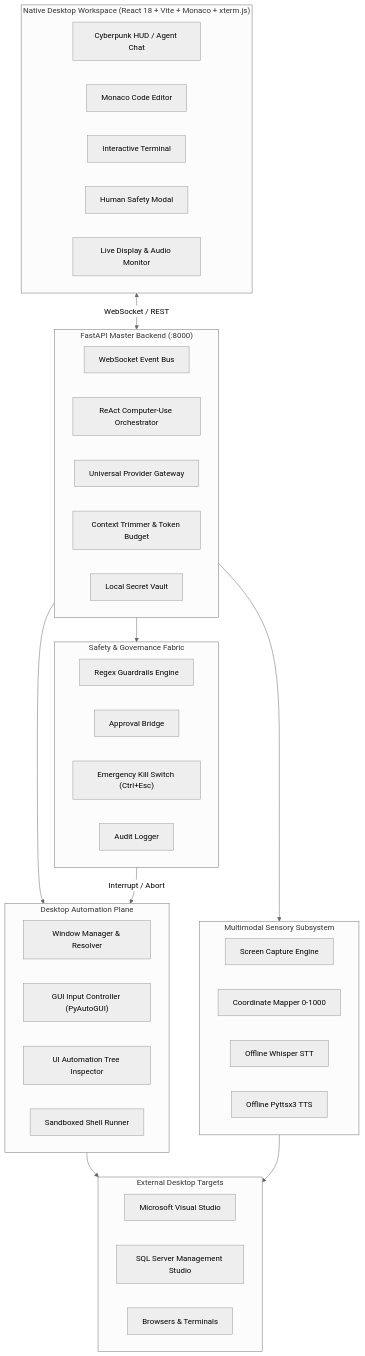
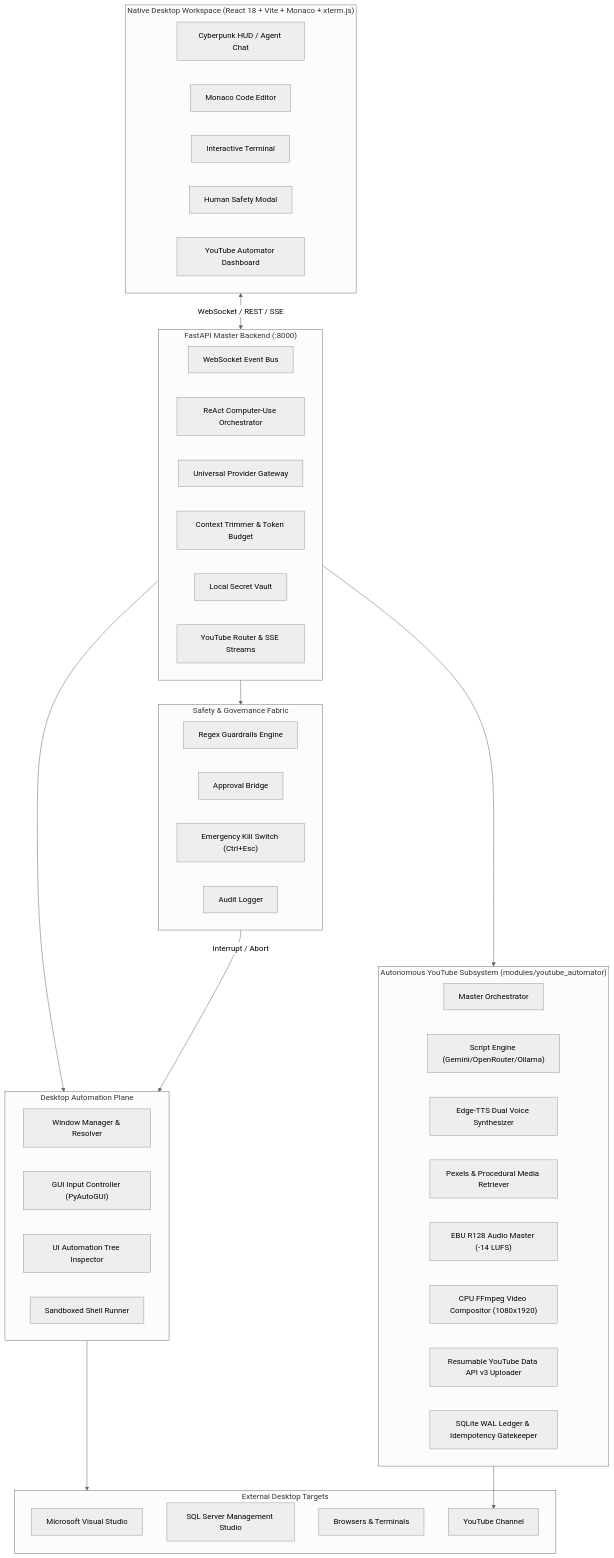
The diagram in README.md (basitaliyousafzai/OmniAgent), drawn with Mermaid (neutral theme) before and after one commit. The commit also changed other lines of this file and 30 other files, not shown here.

Commit message:
feat: autonomous YouTube Shorts & podcast automator subsystem, UI dashboard, and high-impact documentation

````diff
--- a/README.md
+++ b/README.md
@@ -82,53 +125,59 @@
 ```mermaid
 flowchart TB
     subgraph UI ["Native Desktop Workspace (React 18 + Vite + Monaco + xterm.js)"]
         A["Cyberpunk HUD / Agent Chat"]
         B["Monaco Code Editor"]
         C["Interactive Terminal"]
         D["Human Safety Modal"]
-        E["Live Display & Audio Monitor"]
+        E["YouTube Automator Dashboard"]
     end
 
     subgraph Core ["FastAPI Master Backend (:8000)"]
         F["WebSocket Event Bus"]
         G["ReAct Computer-Use Orchestrator"]
         H["Universal Provider Gateway"]
         I["Context Trimmer & Token Budget"]
         J["Local Secret Vault"]
+        K["YouTube Router & SSE Streams"]
+    end
+
+    subgraph YouTubeEngine ["Autonomous YouTube Subsystem (modules/youtube_automator)"]
+        YT1["Master Orchestrator"]
+        YT2["Script Engine (Gemini/OpenRouter/Ollama)"]
+        YT3["Edge-TTS Dual Voice Synthesizer"]
+        YT4["Pexels & Procedural Media Retriever"]
+        YT5["EBU R128 Audio Master (-14 LUFS)"]
+        YT6["CPU FFmpeg Video Compositor (1080x1920)"]
+        YT7["Resumable YouTube Data API v3 Uploader"]
+        YT8["SQLite WAL Ledger & Idempotency Gatekeeper"]
+    end
+
+    subgraph OSPlane ["Desktop Automation Plane"]
+        L["Window Manager & Resolver"]
+        M["GUI Input Controller (PyAutoGUI)"]
+        N["UI Automation Tree Inspector"]
+        O["Sandboxed Shell Runner"]
     end
 
     subgraph Safety ["Safety & Governance Fabric"]
-        K["Regex Guardrails Engine"]
-        L["Approval Bridge"]
-        M["Emergency Kill Switch (Ctrl+Esc)"]
-        N["Audit Logger"]
-    end
-
-    subgraph OSPlane ["Desktop Automation Plane"]
-        O["Window Manager & Resolver"]
-        P["GUI Input Controller (PyAutoGUI)"]
-        Q["UI Automation Tree Inspector"]
-        R["Sandboxed Shell Runner"]
-    end
-
-    subgraph Sensory ["Multimodal Sensory Subsystem"]
-        S["Screen Capture Engine"]
-        T["Coordinate Mapper 0-1000"]
-        U["Offline Whisper STT"]
-        V["Offline Pyttsx3 TTS"]
+        P["Regex Guardrails Engine"]
+        Q["Approval Bridge"]
+        R["Emergency Kill Switch (Ctrl+Esc)"]
+        S["Audit Logger"]
     end
 
     subgraph External ["External Desktop Targets"]
-        W["Microsoft Visual Studio"]
-        X["SQL Server Management Studio"]
-        Y["Browsers & Terminals"]
+        T["Microsoft Visual Studio"]
+        U["SQL Server Management Studio"]
+        V["Browsers & Terminals"]
+        W["YouTube Channel"]
     end
 
-    UI <-->|"WebSocket / REST"| Core
+    UI <-->|"WebSocket / REST / SSE"| Core
     Core --> Safety
     Core --> OSPlane
-    Core --> Sensory
+    Core --> YouTubeEngine
     OSPlane --> External
-    Sensory --> External
+    YouTubeEngine --> W
     Safety -->|"Interrupt / Abort"| OSPlane
 ```
````
